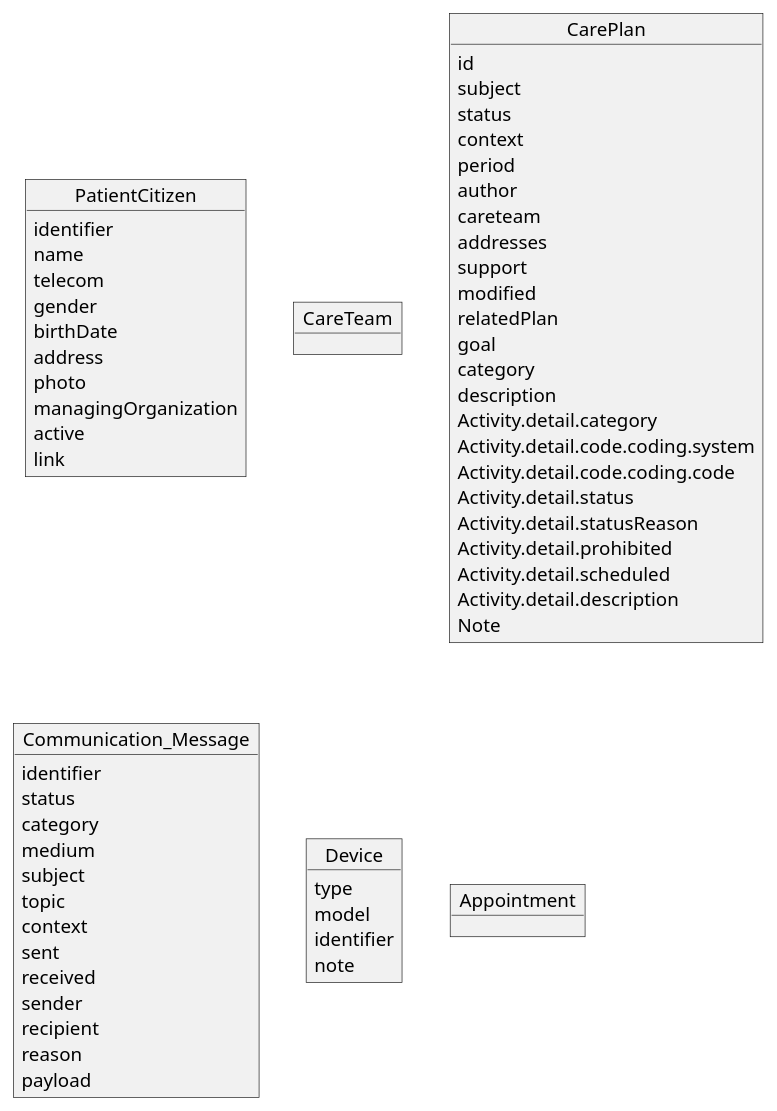
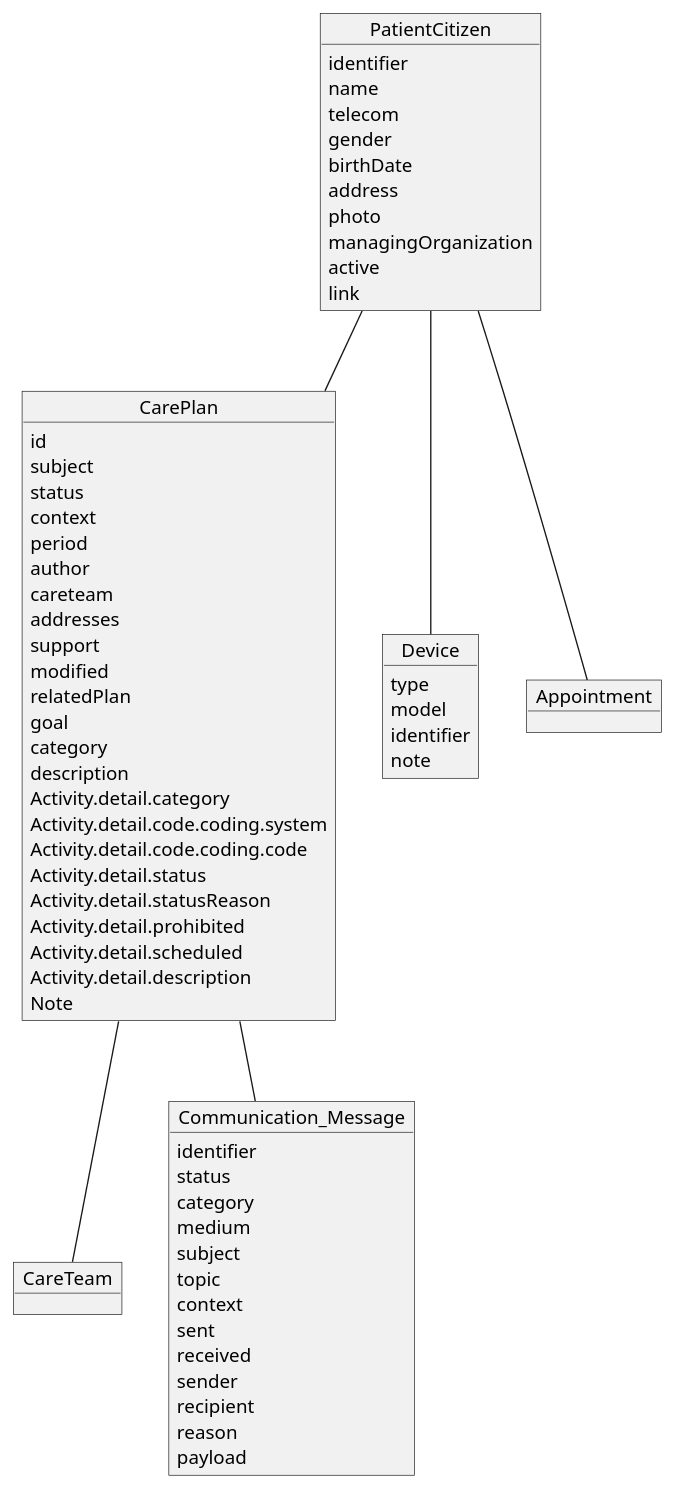
One commit to omahoito/rfc changed the diagram in PLANTUML_Diagrams/Resources.plantuml. Above: the diagram before and after it, drawn with PlantUML.

```diff
--- a/PLANTUML_Diagrams/Resources.plantuml
+++ b/PLANTUML_Diagrams/Resources.plantuml
@@ -1,70 +1,78 @@
 @startuml
 object PatientCitizen{
     identifier
     name
     telecom
     gender
     birthDate
     address
     photo
     managingOrganization
     active
     link
 }
 
 object CareTeam{
 }
 
 object CarePlan{
     id
     subject
     status
     context
     period
     author
     careteam
     addresses
     support
     modified
     relatedPlan
     goal
     category
     description
     Activity.detail.category
     Activity.detail.code.coding.system
     Activity.detail.code.coding.code
     Activity.detail.status
     Activity.detail.statusReason
     Activity.detail.prohibited
     Activity.detail.scheduled
     Activity.detail.description
     Note
 }
 
 
 object Communication_Message{
     identifier
     status
     category
     medium
     subject
     topic
     context
     sent
     received
     sender
     recipient
     reason
     payload    
 }
 
 object Device{
     type
     model
     identifier
     note
 }
 
 object Appointment{
 }
+
+PatientCitizen -- Device
+PatientCitizen -- Appointment
+
+PatientCitizen -- CarePlan
+
+CarePlan -- CareTeam
+CarePlan -- Communication_Message
 @enduml
```
